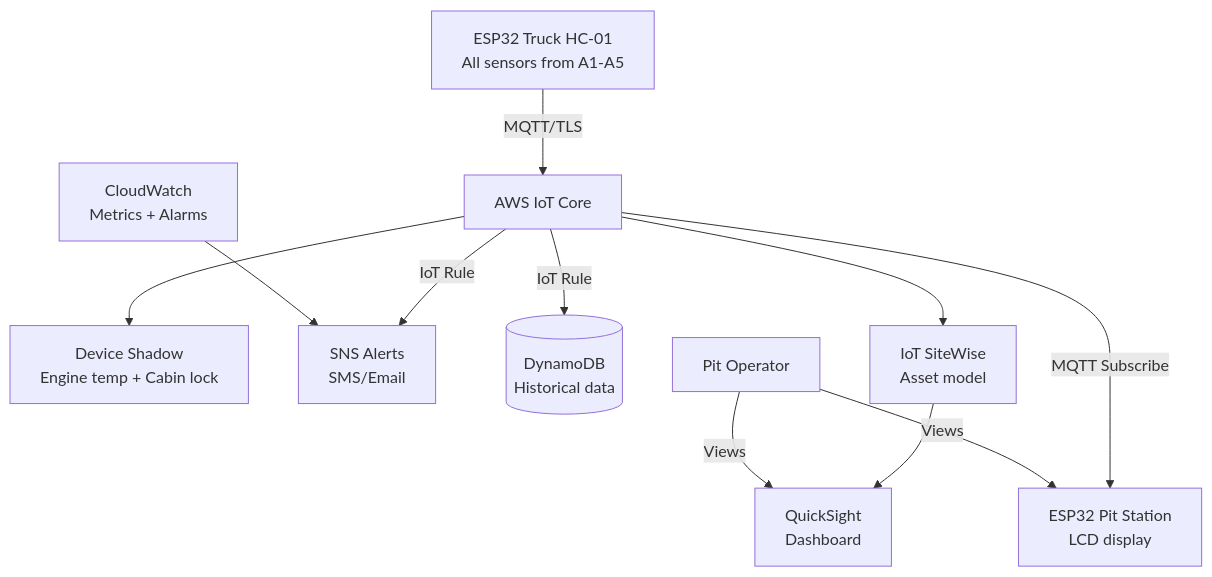
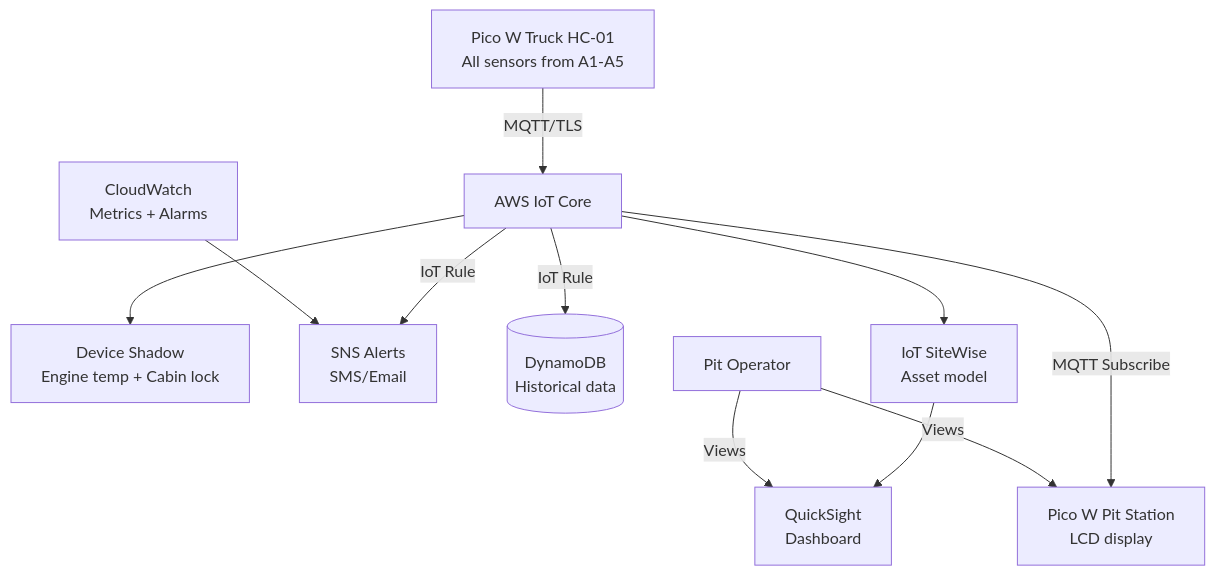
Before and after one commit to prgrobots/Iot2_new: the diagram in docs/capstone/integration.md, drawn with Mermaid. The commit also changed other lines of this file and 7 other files, not shown here.

First line of the commit message:
Phase 2: Replace ESP32 with Pico W language; clarify assessment requirements

````diff
--- a/docs/capstone/integration.md
+++ b/docs/capstone/integration.md
@@ -66,14 +96,14 @@
 ```mermaid
 graph TB
-    Truck[ESP32 Truck HC-01<br/>All sensors from A1-A5] -->|MQTT/TLS| IoTCore[AWS IoT Core]
+    Truck[Pico W Truck HC-01<br/>All sensors from A1-A5] -->|MQTT/TLS| IoTCore[AWS IoT Core]
     IoTCore --> Shadow[Device Shadow<br/>Engine temp + Cabin lock]
     IoTCore -->|IoT Rule| SNS[SNS Alerts<br/>SMS/Email]
     IoTCore -->|IoT Rule| DynamoDB[(DynamoDB<br/>Historical data)]
     IoTCore --> SiteWise[IoT SiteWise<br/>Asset model]
     SiteWise --> QuickSight[QuickSight<br/>Dashboard]
-    IoTCore -->|MQTT Subscribe| PitStation[ESP32 Pit Station<br/>LCD display]
+    IoTCore -->|MQTT Subscribe| PitStation[Pico W Pit Station<br/>LCD display]
     CloudWatch[CloudWatch<br/>Metrics + Alarms] --> SNS
     
     Operator[Pit Operator] -->|Views| PitStation
     Operator -->|Views| QuickSight
 ```
````
